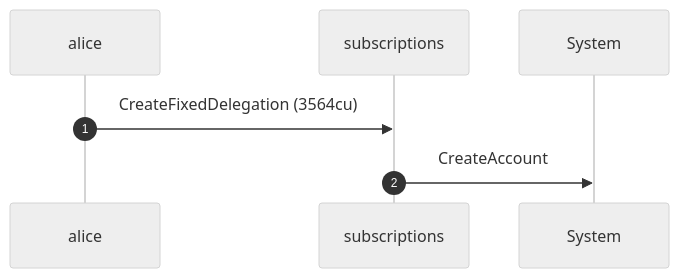
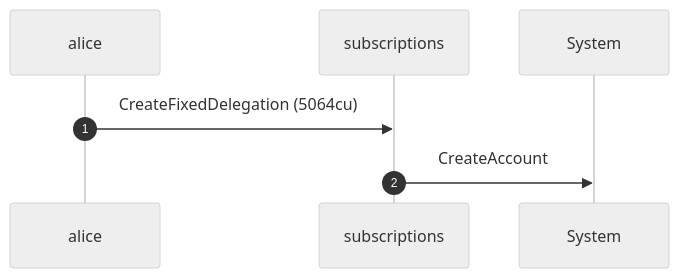
Before and after one commit to cds-rs/subscriptions: the fifth of 8 diagrams in dsl_tests/a-sponsor-cannot-revoke-a-no-expiry-delegation.md, drawn with Mermaid (neutral theme). The commit also changed other lines of this file and 224 other files, not shown here.

````diff
--- a/dsl_tests/a-sponsor-cannot-revoke-a-no-expiry-delegation.md
+++ b/dsl_tests/a-sponsor-cannot-revoke-a-no-expiry-delegation.md
@@ -105,9 +111,9 @@
 ```mermaid
 sequenceDiagram
     autonumber
     participant alice
     participant subscriptions
     participant System
-    alice ->> subscriptions: CreateFixedDelegation (3564cu)
+    alice ->> subscriptions: CreateFixedDelegation (5064cu)
     subscriptions ->> System: CreateAccount
 ```
````
